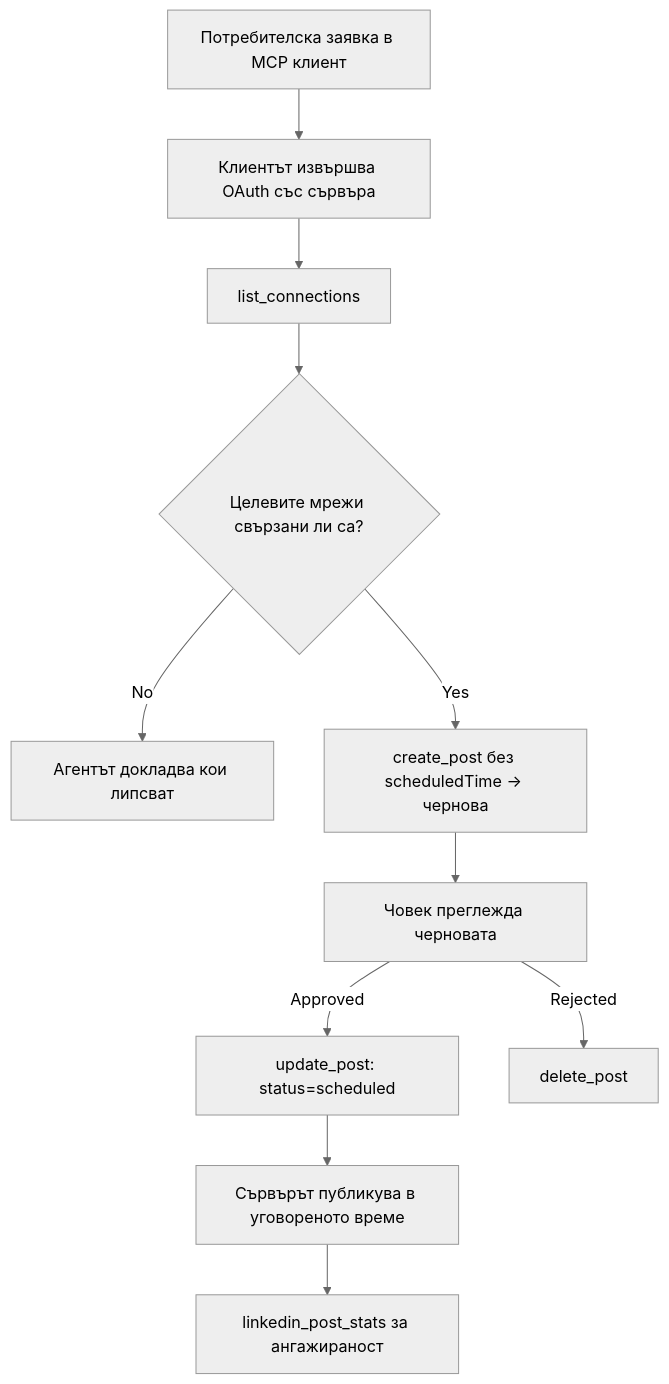
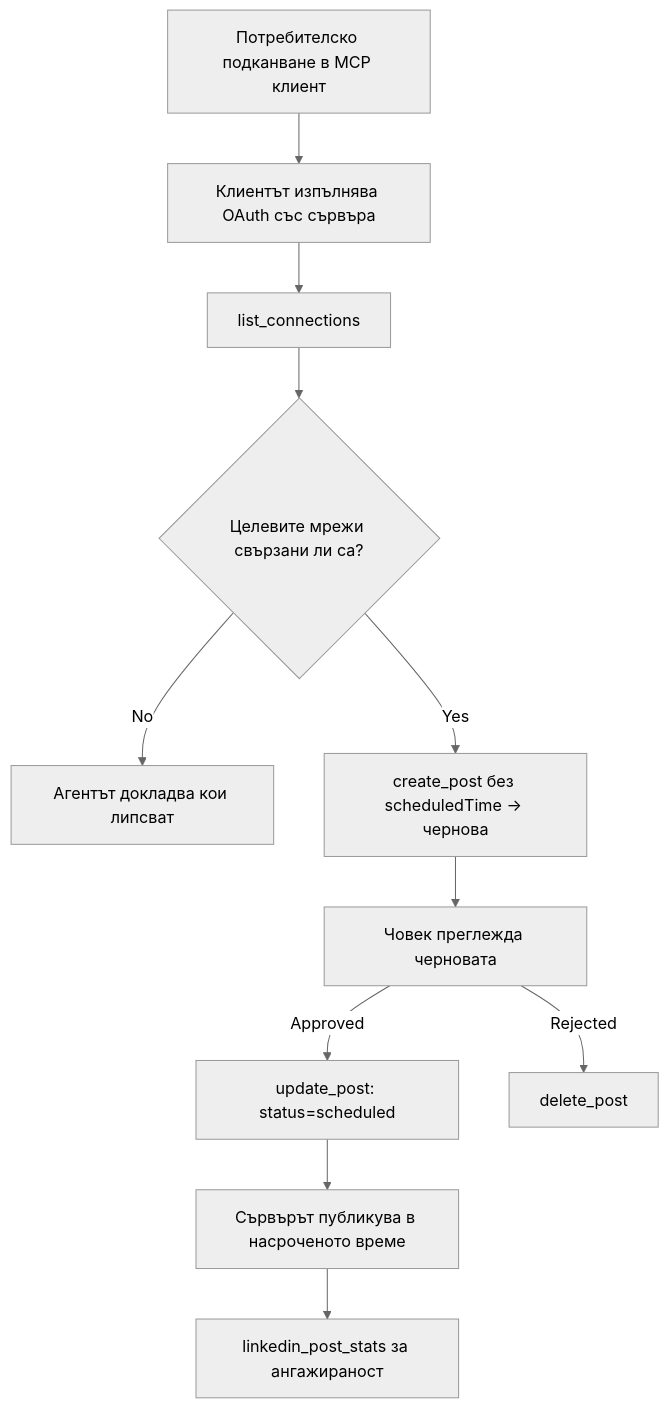
Before and after one commit to microsoft/mcp-for-beginners: the diagram in translations/bg/09-CaseStudy/publora-social-publishing.md, drawn with Mermaid (neutral theme). The commit also changed other lines of this file and 145 other files, not shown here.

````diff
--- a/translations/bg/09-CaseStudy/publora-social-publishing.md
+++ b/translations/bg/09-CaseStudy/publora-social-publishing.md
@@ -47,13 +47,13 @@
 ```mermaid
 flowchart TD
-    A[Потребителска заявка в MCP клиент] --> B[Клиентът извършва OAuth със сървъра]
+    A[Потребителско подканване в MCP клиент] --> B[Клиентът изпълнява OAuth със сървъра]
     B --> C[list_connections]
     C --> D{Целевите мрежи свързани ли са?}
     D -- No --> E[Агентът докладва кои липсват]
     D -- Yes --> F[create_post без scheduledTime -> чернова]
     F --> G[Човек преглежда черновата]
     G -- Approved --> H[update_post: status=scheduled]
     G -- Rejected --> I[delete_post]
-    H --> J[Сървърът публикува в уговореното време]
+    H --> J[Сървърът публикува в насроченото време]
     J --> K[linkedin_post_stats за ангажираност]
 ```
````
